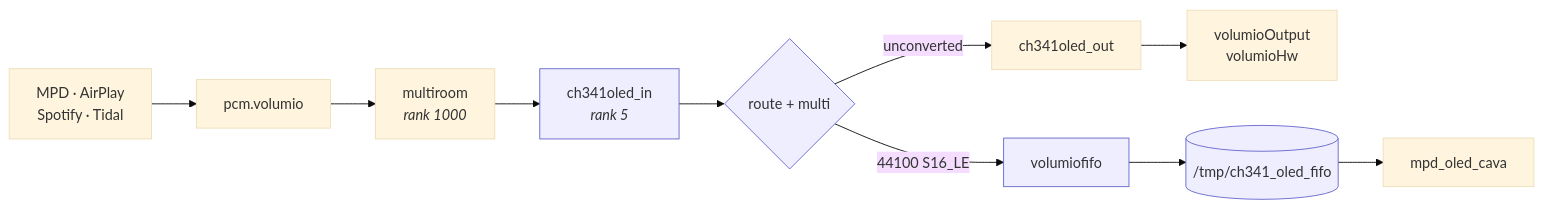
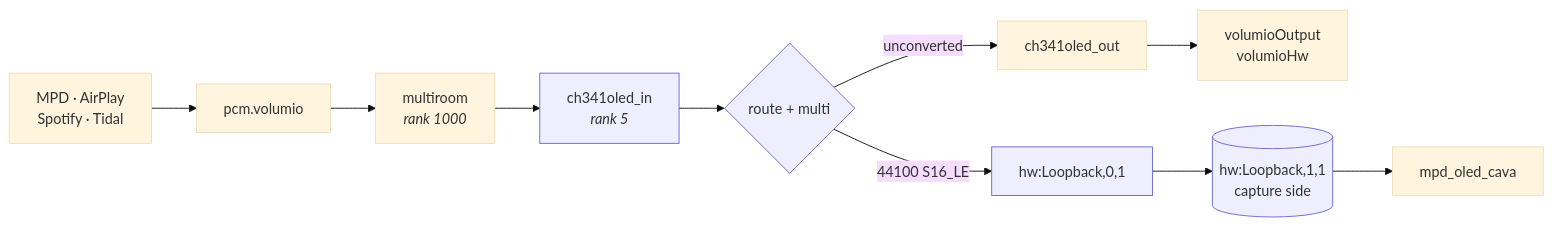
The second of 3 diagrams in ch341_oled/README.md (foonerd/ch341-i2c-usb), drawn with Mermaid (base theme) before and after one commit. The commit also changed other lines of this file and 3 other files, not shown here.

First line of the commit message:
fix(plugin): terminate the spectrum tap at hw:Loopback

````diff
--- a/ch341_oled/README.md
+++ b/ch341_oled/README.md
@@ -90,14 +90,14 @@
 ```mermaid
 flowchart LR
     src["MPD · AirPlay<br/>Spotify · Tidal"] --> vol["pcm.volumio"]
     vol --> mr["multiroom<br/><i>rank 1000</i>"]
     mr --> in["ch341oled_in<br/><i>rank 5</i>"]
     in --> split{"route + multi"}
     split -->|unconverted| out["ch341oled_out"]
-    split -->|"44100 S16_LE"| ff["volumiofifo"]
+    split -->|"44100 S16_LE"| tap["hw:Loopback,0,1"]
     out --> hw["volumioOutput<br/>volumioHw"]
-    ff --> fifo[("/tmp/ch341_oled_fifo")]
-    fifo --> cava["mpd_oled_cava"]
+    tap --> cap[("hw:Loopback,1,1<br/>capture side")]
+    cap --> cava["mpd_oled_cava"]
     classDef ours fill:#eef,stroke:#66c
-    class in,split,ff,fifo ours
+    class in,split,tap,cap ours
 ```
````
